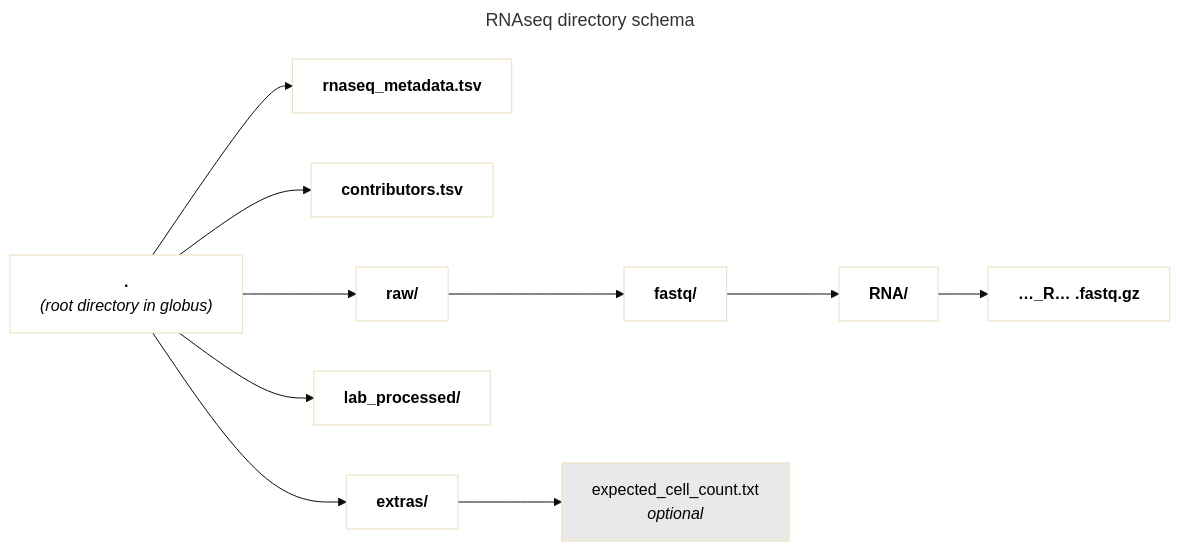
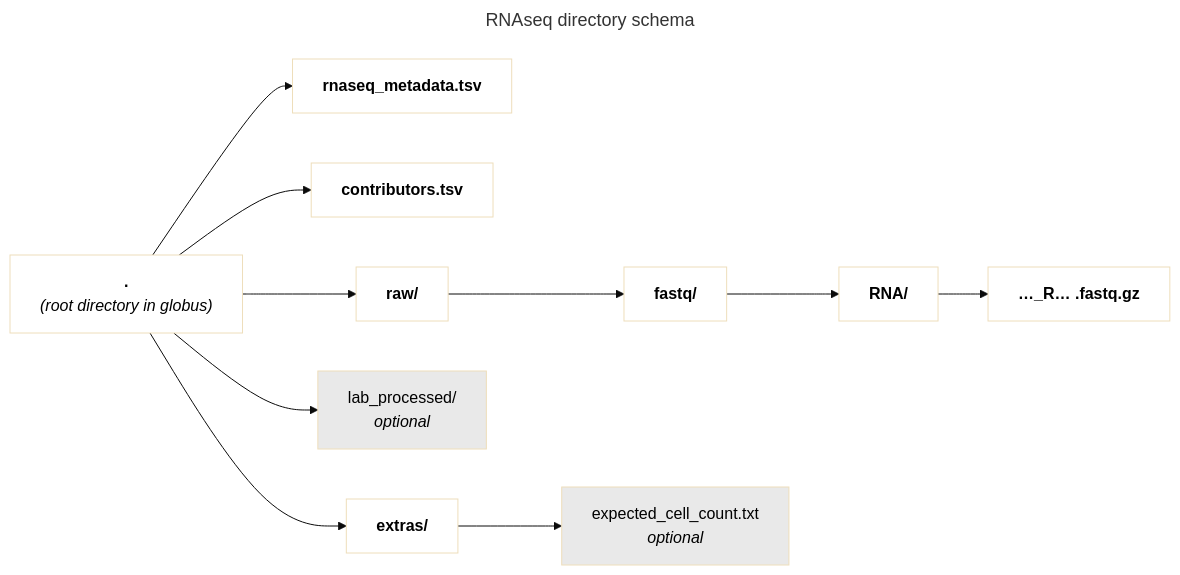
The diagram in docs/rnaseq/current/index.md (dojobo/ingest-validation-tools), drawn with Mermaid (base theme) before and after one commit.

Commit message:
rnaseq make lab_processed optional

````diff
--- a/docs/rnaseq/current/index.md
+++ b/docs/rnaseq/current/index.md
@@ -45,15 +45,16 @@
 ```mermaid
 ---
 title: RNAseq directory schema
 ---
 flowchart LR
     root["`**.**
-    *(root directory in globus)*`"] --> am["`**rnaseq_metadata.tsv**`"] & c["`**contributors.tsv**`"] & ex["`**extras/**`"] & lp["`**lab_processed/**`"] & raw["`**raw/**`"]
+    *(root directory in globus)*`"] --> am["`**rnaseq_metadata.tsv**`"] & c["`**contributors.tsv**`"] & ex["`**extras/**`"] & lp["`lab_processed/
+    *optional*`"]:::opt & raw["`**raw/**`"]
     raw --> fastq["`**fastq/**`"]
     fastq --> RNA["`**RNA/**`"]
     RNA --> gz["`**…_R… .fastq.gz**`"]
     ex --> expected["`expected_cell_count.txt
     *optional*`"]:::opt
     classDef default fill:#FFFFFF,color:#000;
     classDef opt fill:#E9E9E9,color:#000;
 ```
````
